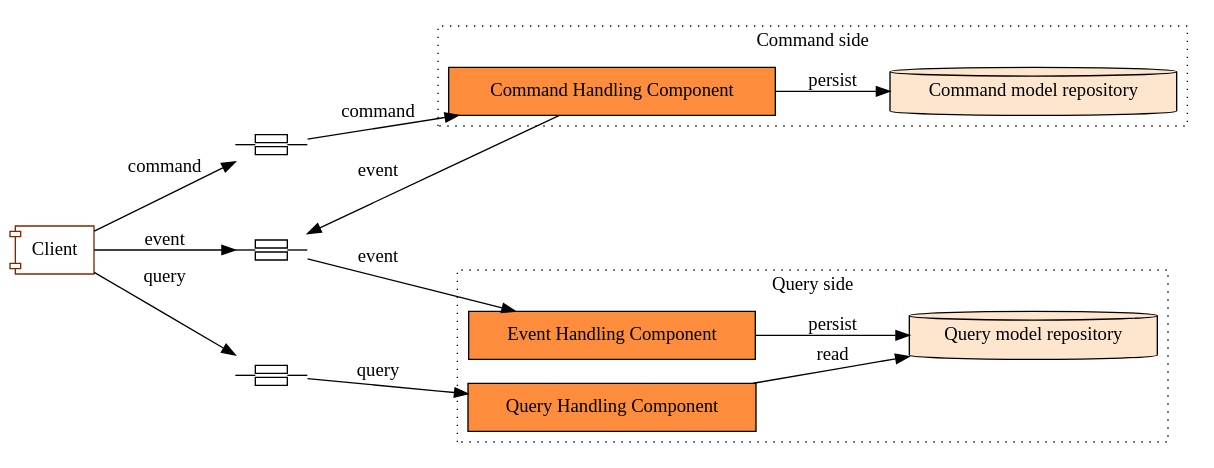
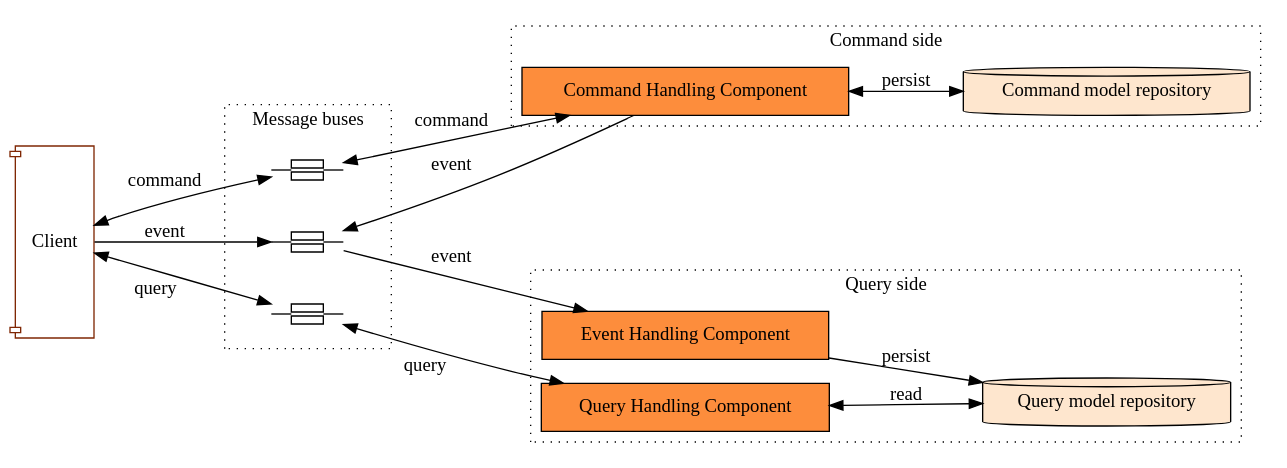
One commit to AxonIQ/axoniq-library-site changed the first of 3 diagrams in components/home/modules/ROOT/pages/debug/diagrams.adoc. Above: the diagram before and after it, drawn with Graphviz. The commit also changed 35 other files, not shown here.

```diff
--- a/components/home/modules/ROOT/pages/debug/diagrams.adoc
+++ b/components/home/modules/ROOT/pages/debug/diagrams.adoc
@@ -5,59 +5,66 @@
 [graphviz]
 ....
-digraph axon_framework_overview {
+digraph foo {
     layout="dot"
     rankdir="LR"
 
     node [style=rounded, colorscheme=oranges9]
 
     subgraph cluster_command_side {
         label="Command side";
         graph[style=dotted];
 
         "Command Handling Component" [shape=box, style="filled", fillcolor=5]
         "Command model repository" [shape=cylinder, style="filled", fillcolor=2]
-        "Command Handling Component" -> "Command model repository" [name="persistCommandModel", label="persist"]
+        "Command Handling Component" -> "Command model repository" [name="persistCommandModel", label="persist", dir=both]
 
         // hack to align the UI
         c1 -> "Command Handling Component" [style="invis"]
     }
 
     subgraph cluster_query_side {
         label="Query side";
         graph[style=dotted];
 
         "Event Handling Component" [shape=box, style="filled", fillcolor=5]
         "Query Handling Component" [shape=box, style="filled", fillcolor=5]
         "Query model repository" [shape=cylinder, style="filled", fillcolor=2]
 
-        "Event Handling Component" -> "Query model repository" [name="persistQueryModel", label="persist", weight=2]
-        "Query Handling Component" -> "Query model repository" [name="read", label="read"]
+        "Event Handling Component" -> "Query model repository" [name="persistQueryModel", label="persist"]
+        "Query Handling Component" -> "Query model repository" [name="read", label="read", dir=both]
 
         // hack to align the UI
         "Event Handling Component" -> c2 [style="invis"]
     }
 
+    subgraph cluster_messaging {
 
-    Client [shape=component, color=9, weight=1]
-    CommandBus [shape=assembly, label=""]
-    EventBus [shape=assembly, label=""]
-    QueryBus [shape=assembly, label=""]
+        label="Message buses";
+        graph[style=dotted];
+
+        CommandBus [shape=assembly, label=""]
+        EventBus [shape=assembly, label=""]
+        QueryBus [shape=assembly, label=""]
+
+
+    }
+
+    Client [shape=component, color=9, weight=1, height=2]
 
     "Command Handling Component" -> EventBus [name="event", label="event"]
     EventBus -> "Event Handling Component" [name="event", label="event"]
 
 
-    Client -> CommandBus -> "Command Handling Component" [name="command", label="command"]
-    Client -> QueryBus -> "Query Handling Component" [name="query", label="query"]
+    Client -> CommandBus -> "Command Handling Component" [name="command", label="command", dir=both]
+    Client -> QueryBus -> "Query Handling Component" [name="query", xlabel="query", dir=both]
     Client -> EventBus [name="event", label="event"]
-
 
     // hack to align the UI
     {
         rank=same
         c1 [style="invis"]
         c2 [style="invis"]
     }
 
 }
 ....
```
